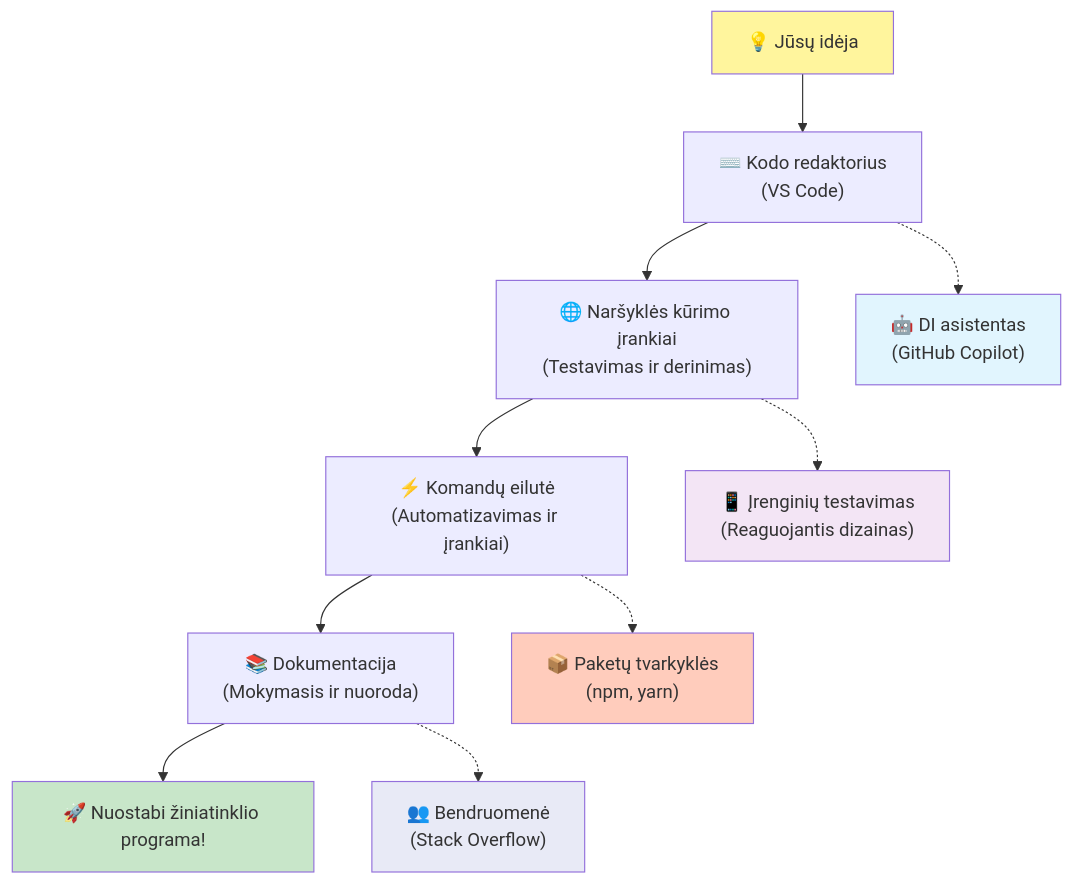
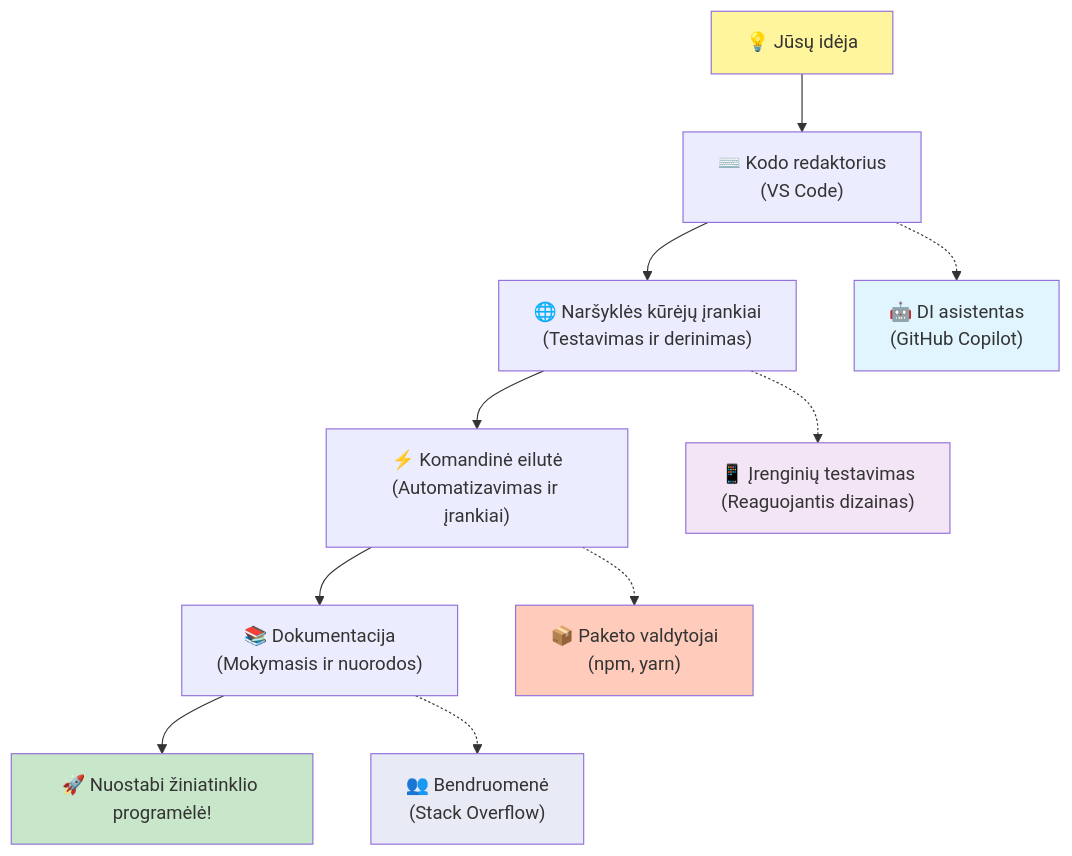
The fifth of 7 diagrams in translations/lt/1-getting-started-lessons/1-intro-to-programming-languages/README.md (microsoft/Web-Dev-For-Beginners), drawn with Mermaid before and after one commit. The commit also changed other lines of this file and 11 other files, not shown here.

````diff
--- a/translations/lt/1-getting-started-lessons/1-intro-to-programming-languages/README.md
+++ b/translations/lt/1-getting-started-lessons/1-intro-to-programming-languages/README.md
@@ -488,20 +488,20 @@
 ```mermaid
 graph TD
     A["💡 Jūsų idėja"] --> B["⌨️ Kodo redaktorius<br/>(VS Code)"] 
-    B --> C["🌐 Naršyklės kūrimo įrankiai<br/>(Testavimas ir derinimas)"]
-    C --> D["⚡ Komandų eilutė<br/>(Automatizavimas ir įrankiai)"]
-    D --> E["📚 Dokumentacija<br/>(Mokymasis ir nuoroda)"]
-    E --> F["🚀 Nuostabi žiniatinklio programa!"]
+    B --> C["🌐 Naršyklės kūrėjų įrankiai<br/>(Testavimas ir derinimas)"]
+    C --> D["⚡ Komandinė eilutė<br/>(Automatizavimas ir įrankiai)"]
+    D --> E["📚 Dokumentacija<br/>(Mokymasis ir nuorodos)"]
+    E --> F["🚀 Nuostabi žiniatinklio programėlė!"]
     
     B -.-> G["🤖 DI asistentas<br/>(GitHub Copilot)"]
     C -.-> H["📱 Įrenginių testavimas<br/>(Reaguojantis dizainas)"]
-    D -.-> I["📦 Paketų tvarkyklės<br/>(npm, yarn)"]
+    D -.-> I["📦 Paketo valdytojai<br/>(npm, yarn)"]
     E -.-> J["👥 Bendruomenė<br/>(Stack Overflow)"]
     
     style A fill:#fff59d
     style F fill:#c8e6c9
     style G fill:#e1f5fe
     style H fill:#f3e5f5
     style I fill:#ffccbc
     style J fill:#e8eaf6
 ```
````
